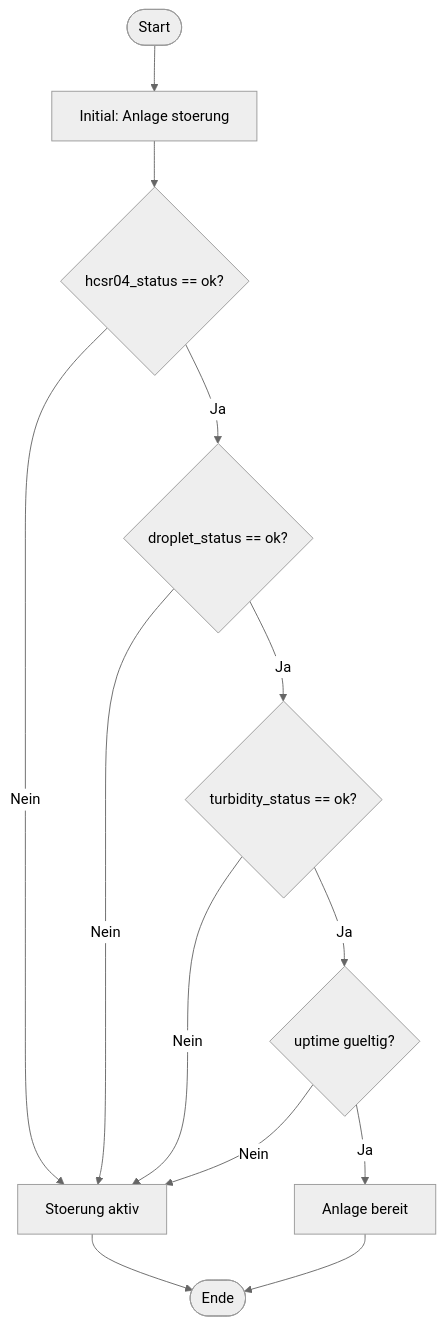
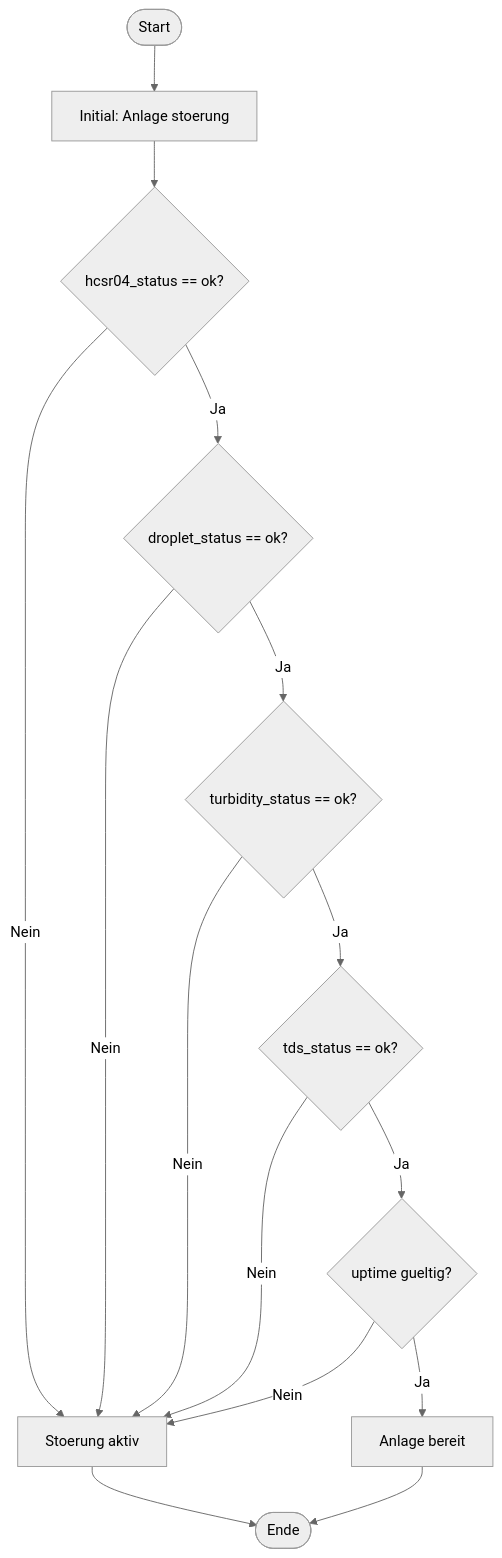
One commit to HerrnDK/Projekt changed the eighth of 20 diagrams in PROJEKT_ARCHITEKTUR_PLAN.md. Above: the diagram before and after it, drawn with Mermaid (neutral theme). The commit also changed other lines of this file and 12 other files, not shown here.

````diff
--- a/PROJEKT_ARCHITEKTUR_PLAN.md
+++ b/PROJEKT_ARCHITEKTUR_PLAN.md
@@ -146,15 +146,17 @@
 ```mermaid
 flowchart TD
   S([Start]) --> I0["Initial: Anlage stoerung"]
   I0 --> P0{"hcsr04_status == ok?"}
   P0 -- Nein --> F["Stoerung aktiv"]
   P0 -- Ja --> P1{"droplet_status == ok?"}
   P1 -- Nein --> F
   P1 -- Ja --> P2{"turbidity_status == ok?"}
   P2 -- Nein --> F
-  P2 -- Ja --> P3{"uptime gueltig?"}
+  P2 -- Ja --> P3{"tds_status == ok?"}
   P3 -- Nein --> F
-  P3 -- Ja --> OK["Anlage bereit"]
+  P3 -- Ja --> P4{"uptime gueltig?"}
+  P4 -- Nein --> F
+  P4 -- Ja --> OK["Anlage bereit"]
   F --> E([Ende])
   OK --> E
 ```
````
